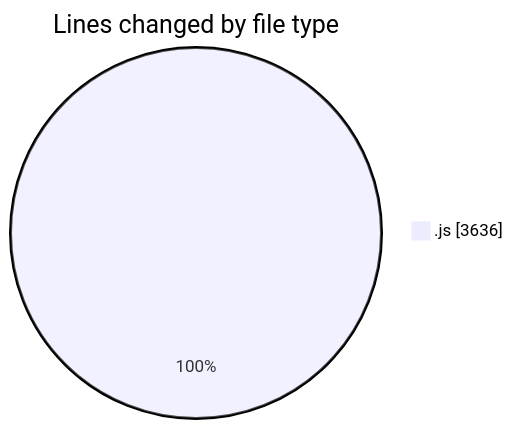
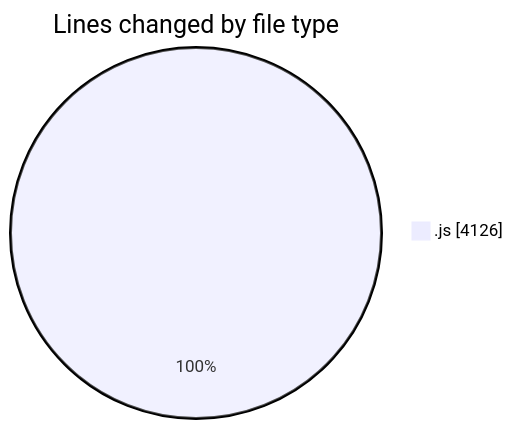
One commit to Ritupan-Deka/code-tracking changed the first of 2 diagrams in 2025-07-29/javascript/README.md. Above: the diagram before and after it, drawn with Mermaid. The commit also changed other lines of this file and 1 other file, not shown here.

````diff
--- a/2025-07-29/javascript/README.md
+++ b/2025-07-29/javascript/README.md
@@ -21,5 +21,5 @@
 ```mermaid
 pie showData
 title Lines changed by file type
-".js" : 3636
+".js" : 4126
 ```
````
